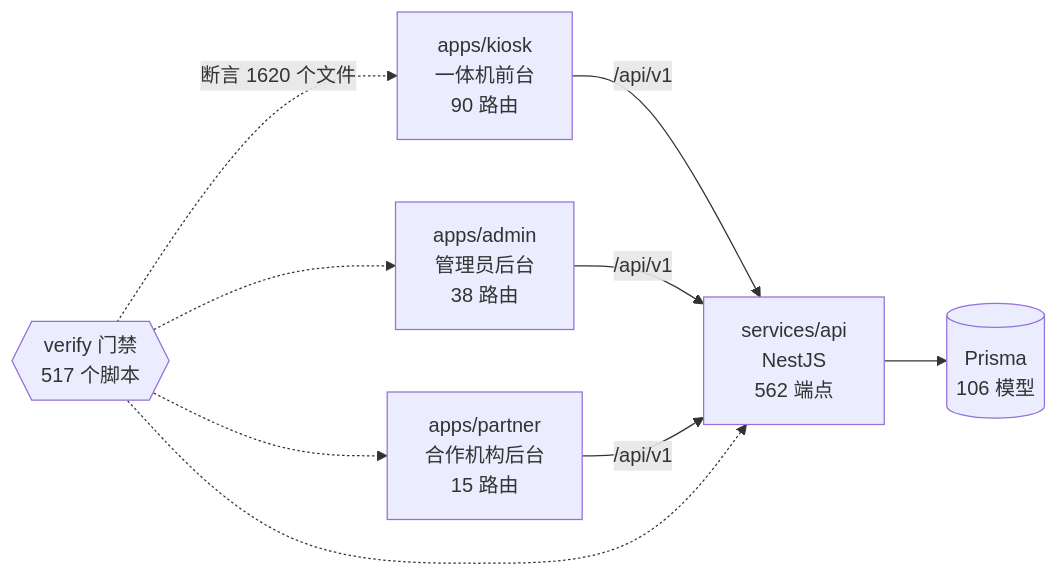
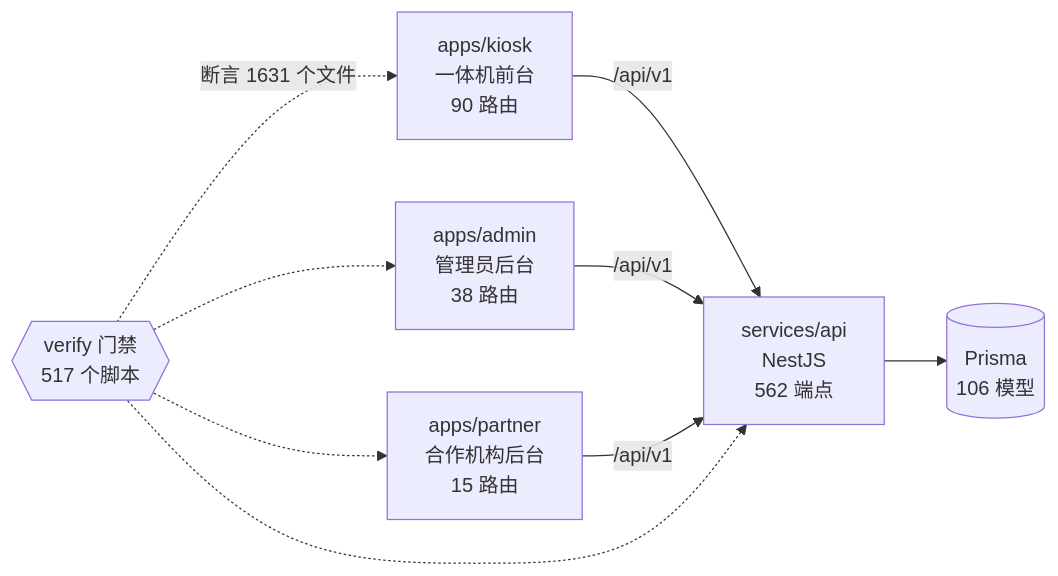
The diagram in docs/graph/README.md (wanglei581/YITIJI), drawn with Mermaid before and after one commit. The commit also changed other lines of this file and 7 other files, not shown here.

````diff
--- a/docs/graph/README.md
+++ b/docs/graph/README.md
@@ -68,18 +68,18 @@
 ```mermaid
 flowchart LR
   kiosk["apps/kiosk<br/>一体机前台<br/>90 路由"]
   admin["apps/admin<br/>管理员后台<br/>38 路由"]
   partner["apps/partner<br/>合作机构后台<br/>15 路由"]
   api["services/api<br/>NestJS<br/>562 端点"]
   db[("Prisma<br/>106 模型")]
   gates{{"verify 门禁<br/>517 个脚本"}}
 
   kiosk -->|"/api/v1"| api
   admin -->|"/api/v1"| api
   partner -->|"/api/v1"| api
   api --> db
-  gates -.->|"断言 1620 个文件"| kiosk
+  gates -.->|"断言 1631 个文件"| kiosk
   gates -.-> admin
   gates -.-> partner
   gates -.-> api
 ```
````
